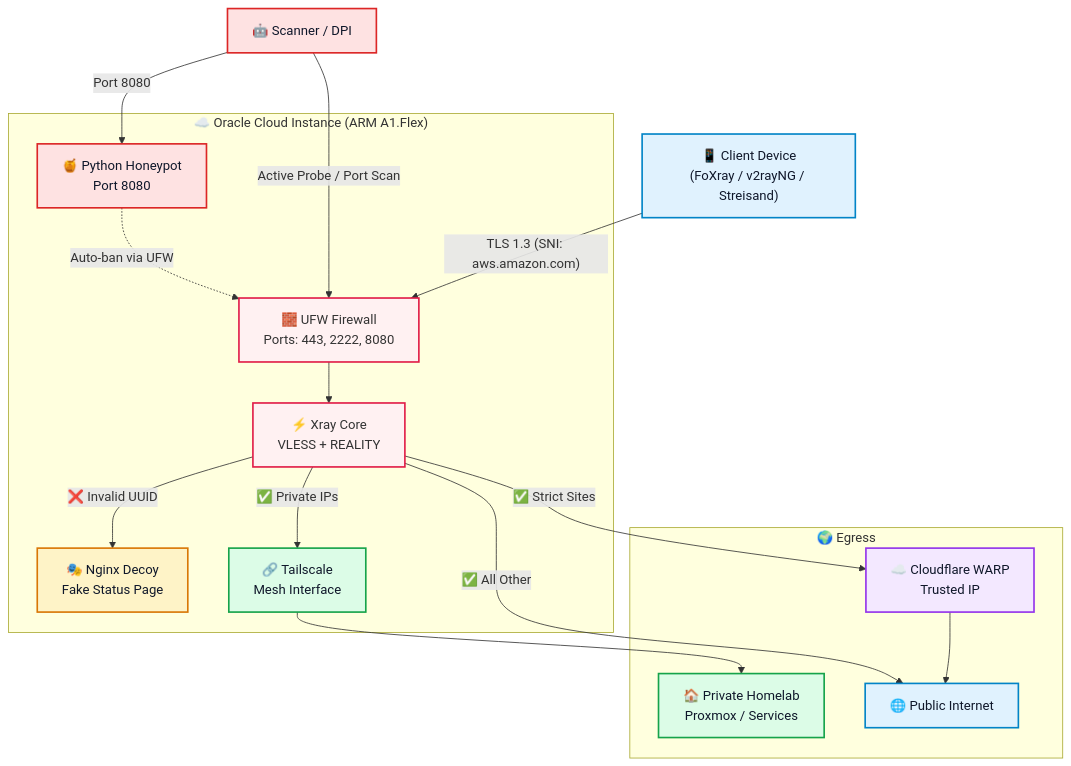
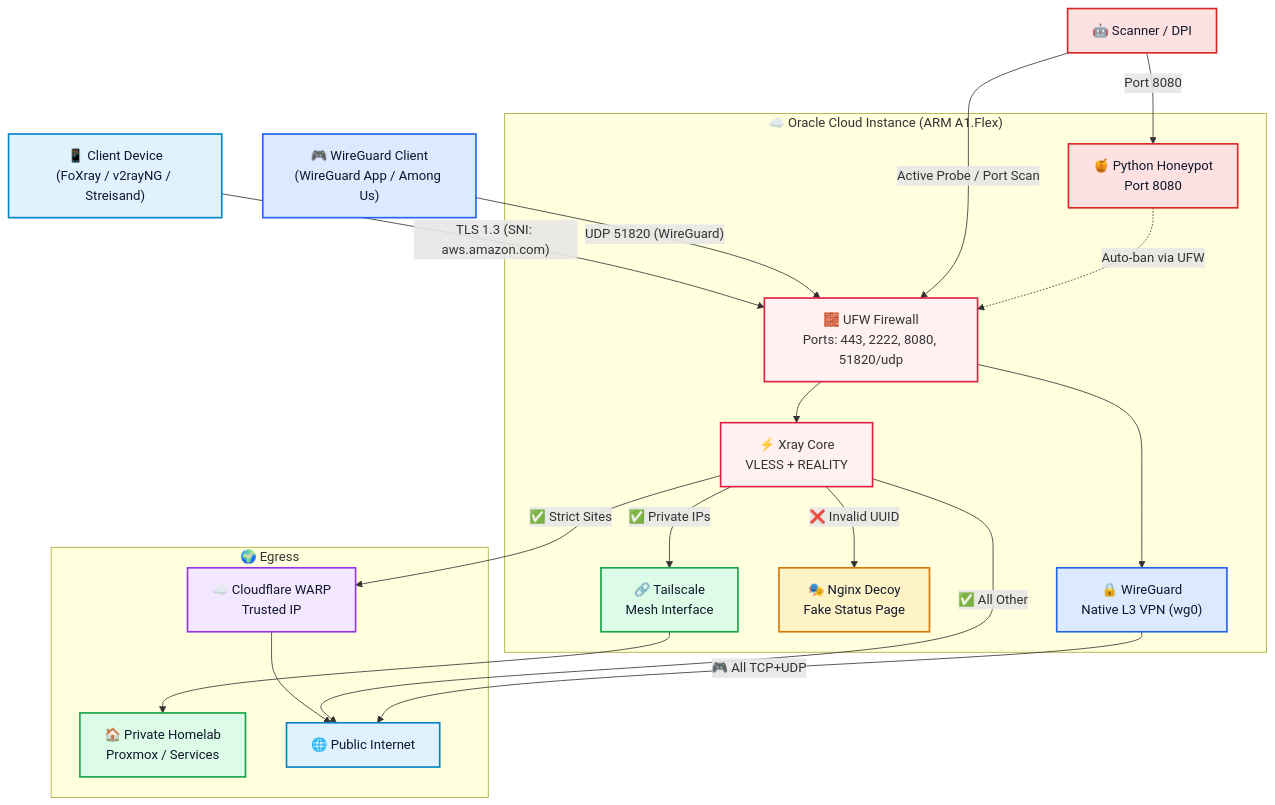
Before and after one commit to Mohamed-DN/sovereign-oci-proxy: the diagram in README.md, drawn with Mermaid. The commit also changed other lines of this file and 37 other files, not shown here.

````diff
--- a/README.md
+++ b/README.md
@@ -15,39 +16,45 @@
 ```mermaid
 graph TD
     classDef client fill:#e0f2fe,stroke:#0284c7,stroke-width:2px,color:#0f172a;
     classDef oracle fill:#fff1f2,stroke:#e11d48,stroke-width:2px;
     classDef secure fill:#dcfce7,stroke:#16a34a,stroke-width:2px,color:#0f172a;
     classDef danger fill:#fee2e2,stroke:#dc2626,stroke-width:2px,color:#0f172a;
     classDef decoy fill:#fef3c7,stroke:#d97706,stroke-width:2px,color:#0f172a;
     classDef warp fill:#f3e8ff,stroke:#9333ea,stroke-width:2px,color:#0f172a;
+    classDef gaming fill:#dbeafe,stroke:#2563eb,stroke-width:2px,color:#0f172a;
 
     Client["📱 Client Device<br>(FoXray / v2rayNG / Streisand)"]:::client
+    WGClient["🎮 WireGuard Client<br>(WireGuard App / Among Us)"]:::gaming
 
     subgraph OCI ["☁️ Oracle Cloud Instance (ARM A1.Flex)"]
-        FW["🧱 UFW Firewall<br>Ports: 443, 2222, 8080"]:::oracle
+        FW["🧱 UFW Firewall<br>Ports: 443, 2222, 8080, 51820/udp"]:::oracle
         Xray["⚡ Xray Core<br>VLESS + REALITY"]:::oracle
+        WG["🔒 WireGuard<br>Native L3 VPN (wg0)"]:::gaming
         Decoy["🎭 Nginx Decoy<br>Fake Status Page"]:::decoy
         Honeypot["🍯 Python Honeypot<br>Port 8080"]:::danger
         TS["🔗 Tailscale<br>Mesh Interface"]:::secure
     end
 
     subgraph Egress ["🌍 Egress"]
         WARP["☁️ Cloudflare WARP<br>Trusted IP"]:::warp
         Homelab["🏠 Private Homelab<br>Proxmox / Services"]:::secure
         Internet["🌐 Public Internet"]:::client
     end
 
     Scanner["🤖 Scanner / DPI"]:::danger
 
     Client -- "TLS 1.3 (SNI: aws.amazon.com)" --> FW
+    WGClient -- "UDP 51820 (WireGuard)" --> FW
     Scanner -- "Active Probe / Port Scan" --> FW
     Scanner -- "Port 8080" --> Honeypot
     Honeypot -. "Auto-ban via UFW" .-> FW
     FW --> Xray
+    FW --> WG
     Xray -- "❌ Invalid UUID" --> Decoy
     Xray -- "✅ Private IPs" --> TS
     TS --> Homelab
     Xray -- "✅ Strict Sites" --> WARP
     WARP --> Internet
     Xray -- "✅ All Other" --> Internet
+    WG -- "🎮 All TCP+UDP" --> Internet
 ```
````
